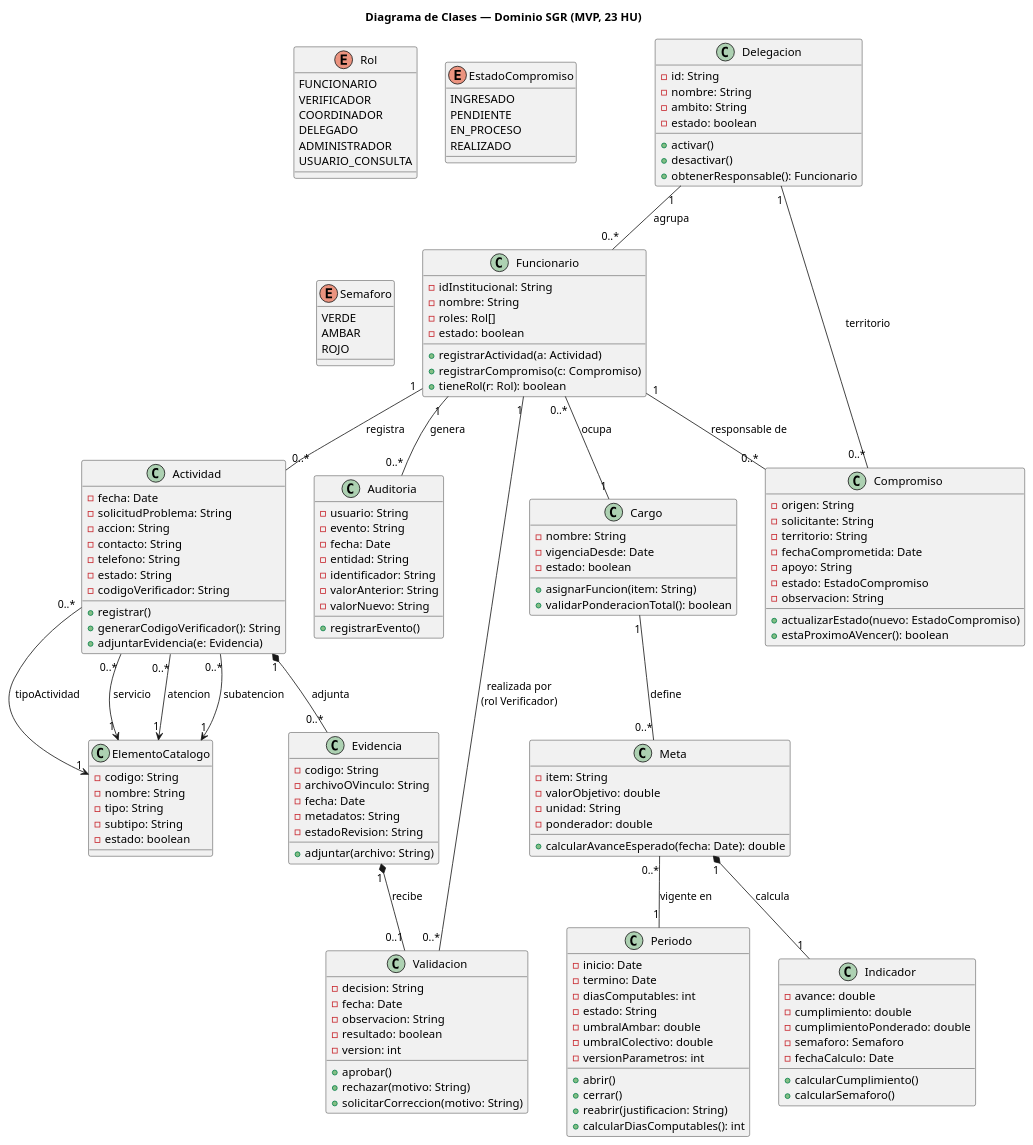
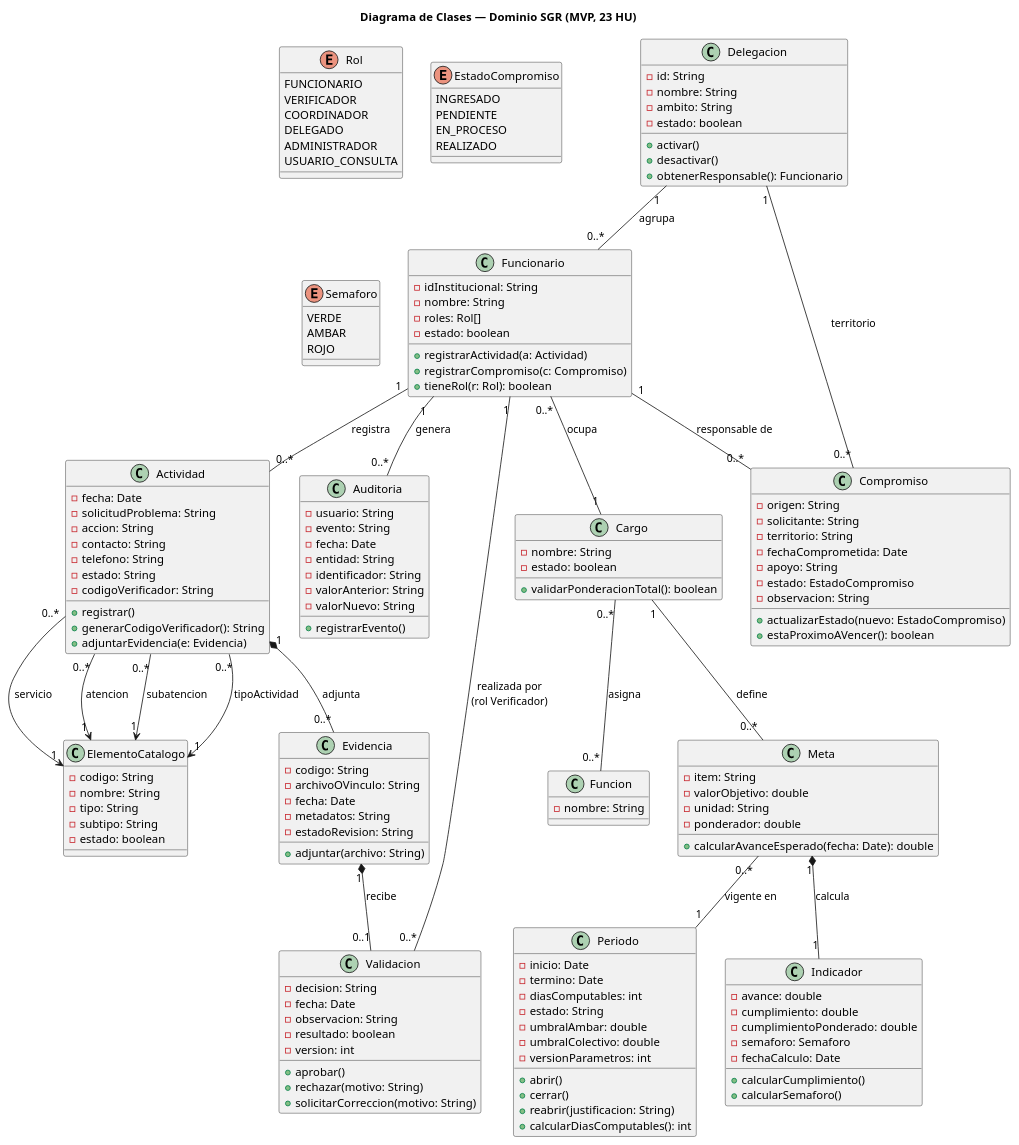
Before and after one commit to Ren-reno/ev1: the diagram in assets/actividad-3/clases-dominio.puml, drawn with PlantUML. The commit also changed 3 other files, not shown here.

```diff
--- a/assets/actividad-3/clases-dominio.puml
+++ b/assets/actividad-3/clases-dominio.puml
@@ -1,167 +1,170 @@
 @startuml clases-dominio
 title Diagrama de Clases — Dominio SGR (MVP, 23 HU)
 
 enum Rol {
   FUNCIONARIO
   VERIFICADOR
   COORDINADOR
   DELEGADO
   ADMINISTRADOR
   USUARIO_CONSULTA
 }
 
 enum EstadoCompromiso {
   INGRESADO
   PENDIENTE
   EN_PROCESO
   REALIZADO
 }
 
 enum Semaforo {
   VERDE
   AMBAR
   ROJO
 }
 
 class Delegacion {
   -id: String
   -nombre: String
   -ambito: String
   -estado: boolean
   +activar()
   +desactivar()
   +obtenerResponsable(): Funcionario
 }
 
 class Cargo {
   -nombre: String
-  -vigenciaDesde: Date
   -estado: boolean
-  +asignarFuncion(item: String)
   +validarPonderacionTotal(): boolean
+}
+
+class Funcion {
+  -nombre: String
 }
 
 class Funcionario {
   -idInstitucional: String
   -nombre: String
   -roles: Rol[]
   -estado: boolean
   +registrarActividad(a: Actividad)
   +registrarCompromiso(c: Compromiso)
   +tieneRol(r: Rol): boolean
 }
 
 class Periodo {
   -inicio: Date
   -termino: Date
   -diasComputables: int
   -estado: String
   -umbralAmbar: double
   -umbralColectivo: double
   -versionParametros: int
   +abrir()
   +cerrar()
   +reabrir(justificacion: String)
   +calcularDiasComputables(): int
 }
 
 class Meta {
   -item: String
   -valorObjetivo: double
   -unidad: String
   -ponderador: double
   +calcularAvanceEsperado(fecha: Date): double
 }
 
 class ElementoCatalogo {
   -codigo: String
   -nombre: String
   -tipo: String
   -subtipo: String
   -estado: boolean
 }
 
 class Actividad {
   -fecha: Date
   -solicitudProblema: String
   -accion: String
   -contacto: String
   -telefono: String
   -estado: String
   -codigoVerificador: String
   +registrar()
   +generarCodigoVerificador(): String
   +adjuntarEvidencia(e: Evidencia)
 }
 
 class Compromiso {
   -origen: String
   -solicitante: String
   -territorio: String
   -fechaComprometida: Date
   -apoyo: String
   -estado: EstadoCompromiso
   -observacion: String
   +actualizarEstado(nuevo: EstadoCompromiso)
   +estaProximoAVencer(): boolean
 }
 
 class Evidencia {
   -codigo: String
   -archivoOVinculo: String
   -fecha: Date
   -metadatos: String
   -estadoRevision: String
   +adjuntar(archivo: String)
 }
 
 class Validacion {
   -decision: String
   -fecha: Date
   -observacion: String
   -resultado: boolean
   -version: int
   +aprobar()
   +rechazar(motivo: String)
   +solicitarCorreccion(motivo: String)
 }
 
 class Indicador {
   -avance: double
   -cumplimiento: double
   -cumplimientoPonderado: double
   -semaforo: Semaforo
   -fechaCalculo: Date
   +calcularCumplimiento()
   +calcularSemaforo()
 }
 
 class Auditoria {
   -usuario: String
   -evento: String
   -fecha: Date
   -entidad: String
   -identificador: String
   -valorAnterior: String
   -valorNuevo: String
   +registrarEvento()
 }
 
 Delegacion "1" -- "0..*" Funcionario : agrupa
 Funcionario "0..*" -- "1" Cargo : ocupa
 Cargo "1" -- "0..*" Meta : define
+Cargo "0..*" -- "0..*" Funcion : asigna
 Meta "0..*" -- "1" Periodo : vigente en
 Funcionario "1" -- "0..*" Actividad : registra
 Actividad "0..*" --> "1" ElementoCatalogo : tipoActividad
 Actividad "0..*" --> "1" ElementoCatalogo : servicio
 Actividad "0..*" --> "1" ElementoCatalogo : atencion
 Actividad "0..*" --> "1" ElementoCatalogo : subatencion
 Actividad "1" *-- "0..*" Evidencia : adjunta
 Evidencia "1" *-- "0..1" Validacion : recibe
 Validacion "0..*" -- "1" Funcionario : realizada por\n(rol Verificador)
 Funcionario "1" -- "0..*" Compromiso : responsable de
 Compromiso "0..*" -- "1" Delegacion : territorio
 Meta "1" *-- "1" Indicador : calcula
 Funcionario "1" -- "0..*" Auditoria : genera
 
 @enduml
```
